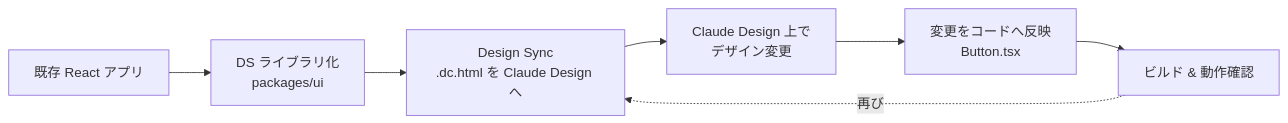
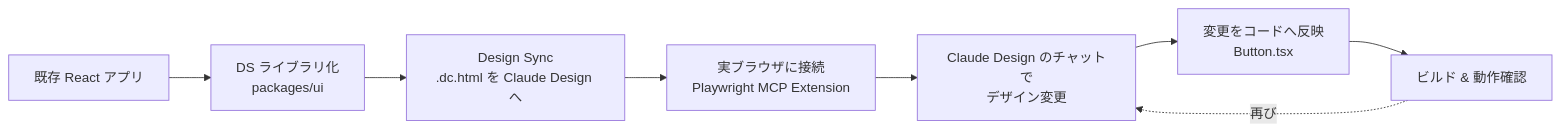
Before and after one commit to aRaikoFunakami/using_claude_design_with_an_existing_app: the diagram in docs/blog-claude-design-existing-app.md, drawn with Mermaid. The commit also changed other lines of this file and 7 other files, not shown here.

First line of the commit message:
docs+ui: browser-based Claude Design edit (pill buttons) and blog update (#6)

````diff
--- a/docs/blog-claude-design-existing-app.md
+++ b/docs/blog-claude-design-existing-app.md
@@ -9,9 +9,10 @@
 ```mermaid
 flowchart LR
     A[既存 React アプリ] --> B[DS ライブラリ化<br/>packages/ui]
     B --> C[Design Sync<br/>.dc.html を Claude Design へ]
-    C --> D[Claude Design 上で<br/>デザイン変更]
+    C --> X[実ブラウザに接続<br/>Playwright MCP Extension]
+    X --> D[Claude Design のチャットで<br/>デザイン変更]
     D --> E[変更をコードへ反映<br/>Button.tsx]
     E --> F[ビルド & 動作確認]
-    F -.再び.-> C
+    F -.再び.-> D
 ```
````
